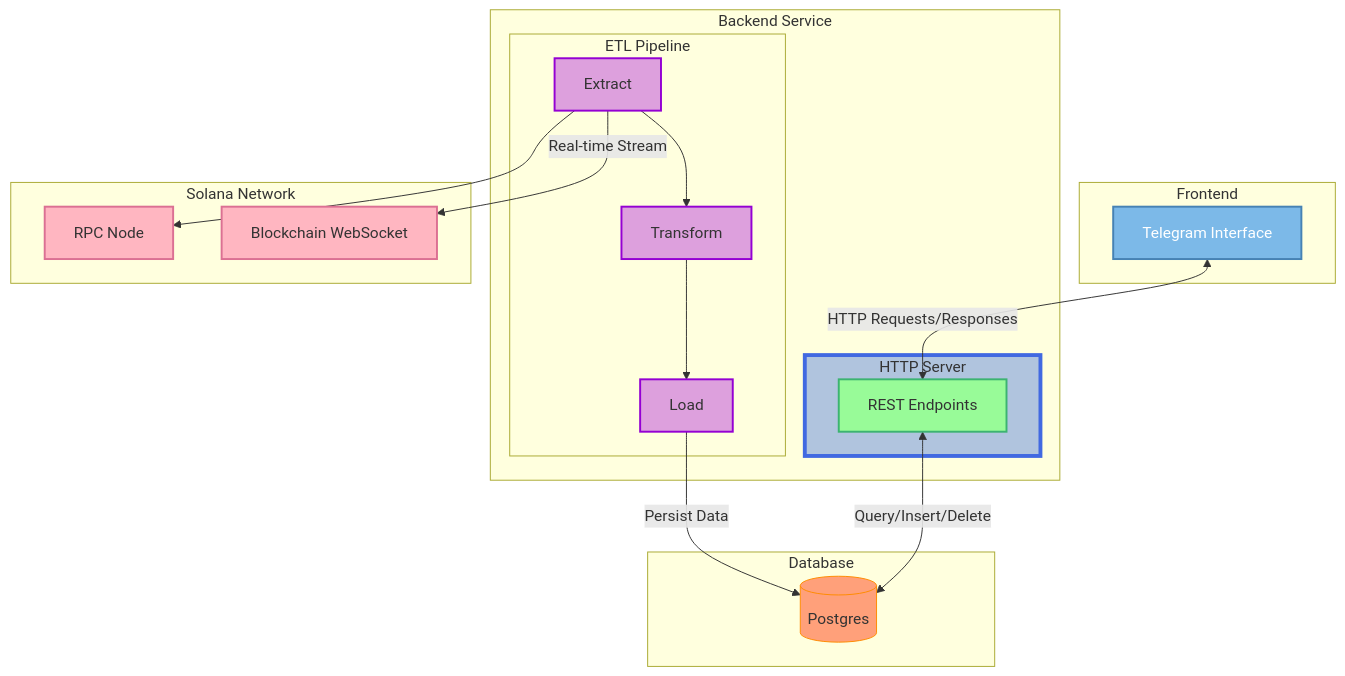
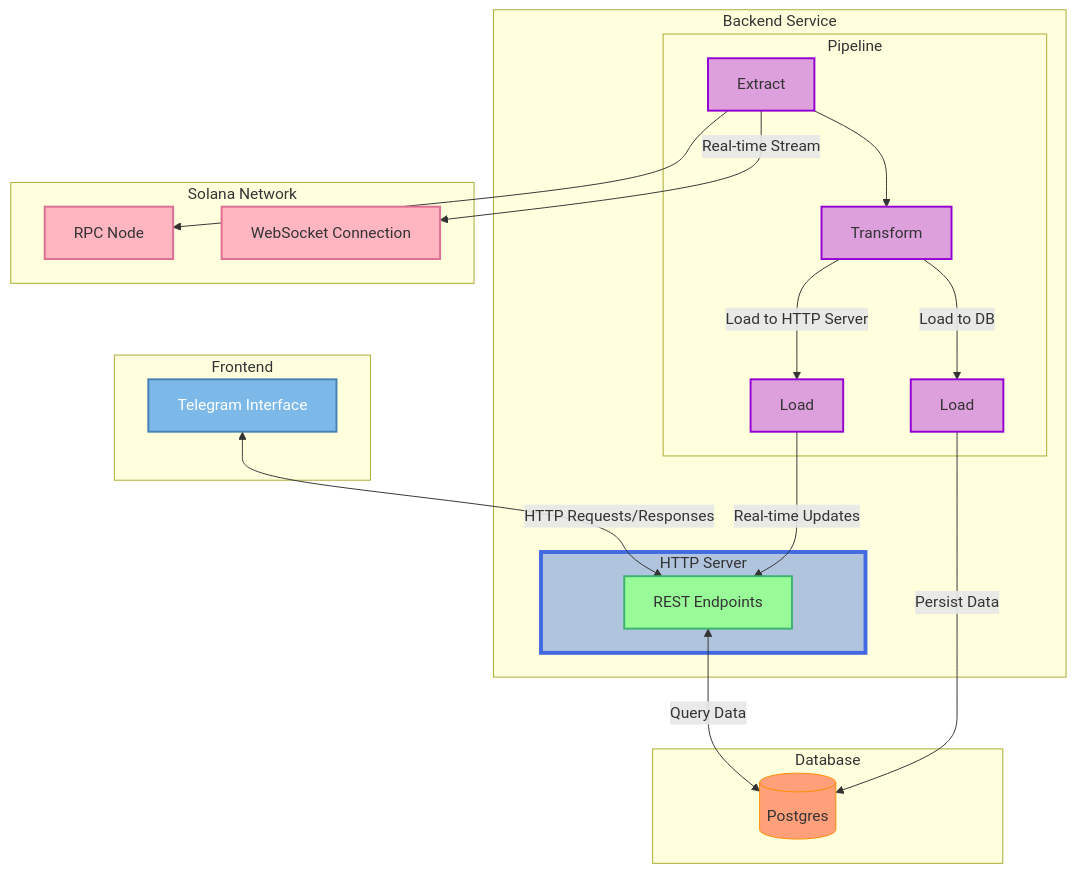
Before and after one commit to jakobsym/aura: the diagram in README.md, drawn with Mermaid.

Commit message:
final update of arch diagram, mermaid is annoying lol

````diff
--- a/README.md
+++ b/README.md
@@ -7,48 +7,51 @@
 ```mermaid
 flowchart TD
     subgraph UI[Frontend]
         WEB[Telegram Interface]
     end
 
     subgraph Backend[Backend Service]
-        subgraph ETL[ETL Pipeline]
-            EXTRACT[Extract] --> TRANSFORM[Transform] --> LOAD[Load]
+        subgraph ETL[Pipeline]
+            EXTRACT[Extract] --> TRANSFORM[Transform]
+            TRANSFORM --> |Load to DB| LOAD_DB[Load]
+            TRANSFORM --> |Load to HTTP Server| LOAD_HTTP[Load]
         end
         
         subgraph HTTP_SERVER[HTTP Server]
             API[REST Endpoints]
         end
     end
 
     subgraph Database[Database]
         DB[(Postgres)]
     end
 
     subgraph Blockchain[Solana Network]
         RPC[RPC Node]
-        BC_WS[Blockchain WebSocket]
+        BC_WS[WebSocket Connection]
     end
 
     %% Data Flows
     WEB <--> |HTTP Requests/Responses| API
-    API <--> |Query/Insert/Delete| DB
+    API <--> |Query Data| DB
     
     EXTRACT --> RPC
     EXTRACT --> |Real-time Stream| BC_WS
-    LOAD --> |Persist Data| DB
-    
+    LOAD_DB --> |Persist Data| DB
+    LOAD_HTTP --> |Real-time Updates| API
+
     %% Styling
     classDef frontend fill:#7CB9E8,stroke:#4682B4,stroke-width:2px,color:white
     classDef backend fill:#98FB98,stroke:#3CB371,stroke-width:2px,color:#333
     classDef blockchain fill:#FFB6C1,stroke:#DB7093,stroke-width:2px,color:#333
     classDef database fill:#FFA07A,stroke:#FF8C00,stroke-width:1px,color:#333
     classDef etl fill:#DDA0DD,stroke:#9400D3,stroke-width:2px,color:#333
     classDef server fill:#B0C4DE,stroke:#4169E1,stroke-width:4px,color:#333
 
     class WEB frontend
     class API backend
     class HTTP_SERVER server
-    class EXTRACT,TRANSFORM,LOAD etl
+    class EXTRACT,TRANSFORM,LOAD_DB,LOAD_HTTP etl
     class RPC,BC_WS blockchain
     class DB database
 ```
````
